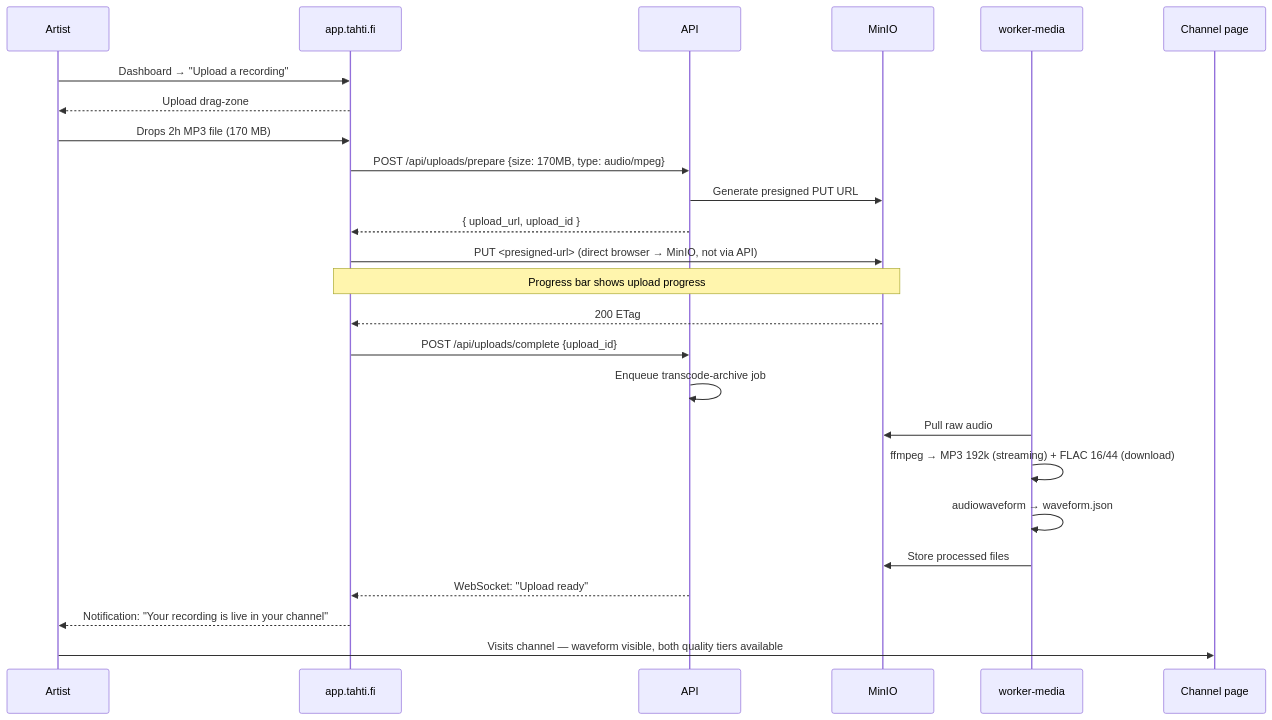
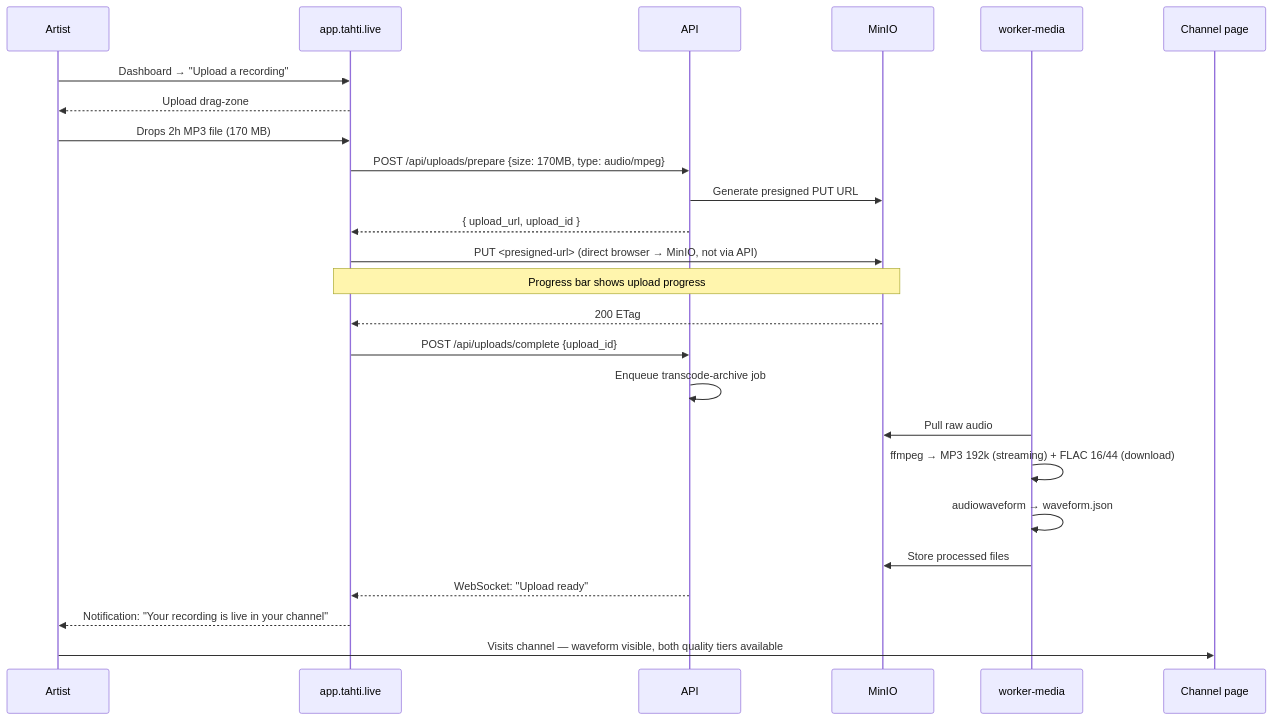
The fifth of 8 diagrams in docs/technical/journey-artist.md (janiluuk/tahti-org), drawn with Mermaid before and after one commit. The commit also changed other lines of this file and 148 other files, not shown here.

First line of the commit message:
feat(m10): member governance, chat polish, domain rename to tahti.live

````diff
--- a/docs/technical/journey-artist.md
+++ b/docs/technical/journey-artist.md
@@ -150,31 +150,31 @@
 ```mermaid
 sequenceDiagram
     participant A as Artist
-    participant APP as app.tahti.fi
+    participant APP as app.tahti.live
     participant API as API
     participant MN as MinIO
     participant WM as worker-media
     participant CH as Channel page
 
     A->>APP: Dashboard → "Upload a recording"
     APP-->>A: Upload drag-zone
     A->>APP: Drops 2h MP3 file (170 MB)
     APP->>API: POST /api/uploads/prepare {size: 170MB, type: audio/mpeg}
     API->>MN: Generate presigned PUT URL
     API-->>APP: { upload_url, upload_id }
     APP->>MN: PUT <presigned-url> (direct browser → MinIO, not via API)
     Note over APP,MN: Progress bar shows upload progress
     MN-->>APP: 200 ETag
     APP->>API: POST /api/uploads/complete {upload_id}
     API->>API: Enqueue transcode-archive job
 
     WM->>MN: Pull raw audio
     WM->>WM: ffmpeg → MP3 192k (streaming) + FLAC 16/44 (download)
     WM->>WM: audiowaveform → waveform.json
     WM->>MN: Store processed files
 
     API-->>APP: WebSocket: "Upload ready"
     APP-->>A: Notification: "Your recording is live in your channel"
 
     A->>CH: Visits channel — waveform visible, both quality tiers available
 ```
````
